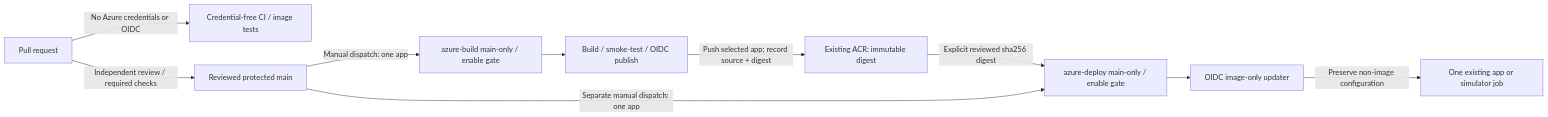
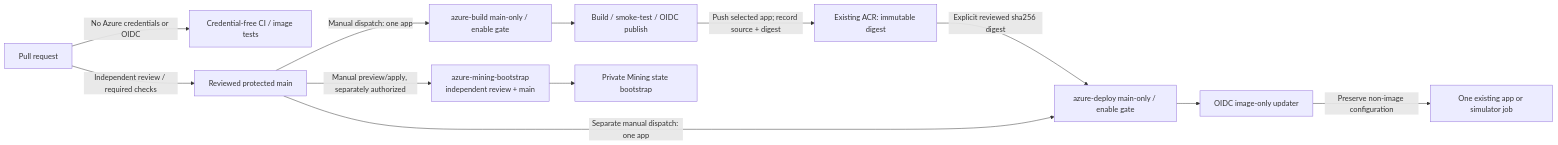
Before and after one commit to ribumann/fabrictritwin: the fifth of 5 diagrams in docs/release-architecture.md, drawn with Mermaid. The commit also changed other lines of this file and 6 other files, not shown here.

First line of the commit message:
Isolate Mining bootstrap identity and approval lane (#62)

````diff
--- a/docs/release-architecture.md
+++ b/docs/release-architecture.md
@@ -263,22 +263,26 @@
 ```mermaid
 flowchart LR
     PR["Pull request"]
     CI["Credential-free CI / image tests"]
     Main["Reviewed protected main"]
     BuildGate["azure-build main-only / enable gate"]
     Publish["Build / smoke-test / OIDC publish"]
     ACR["Existing ACR: immutable digest"]
     DeployGate["azure-deploy main-only / enable gate"]
     Update["OIDC image-only updater"]
     Workload["One existing app or simulator job"]
+    MiningGate["azure-mining-bootstrap<br/>independent review + main"]
+    MiningState["Private Mining state bootstrap"]
 
     PR -->|"No Azure credentials or OIDC"| CI
     PR -->|"Independent review / required checks"| Main
     Main -->|"Manual dispatch: one app"| BuildGate
     BuildGate --> Publish
     Publish -->|"Push selected app; record source + digest"| ACR
     ACR -->|"Explicit reviewed sha256 digest"| DeployGate
     Main -->|"Separate manual dispatch: one app"| DeployGate
     DeployGate --> Update
     Update -->|"Preserve non-image configuration"| Workload
+    Main -->|"Manual preview/apply, separately authorized"| MiningGate
+    MiningGate --> MiningState
 ```
````
